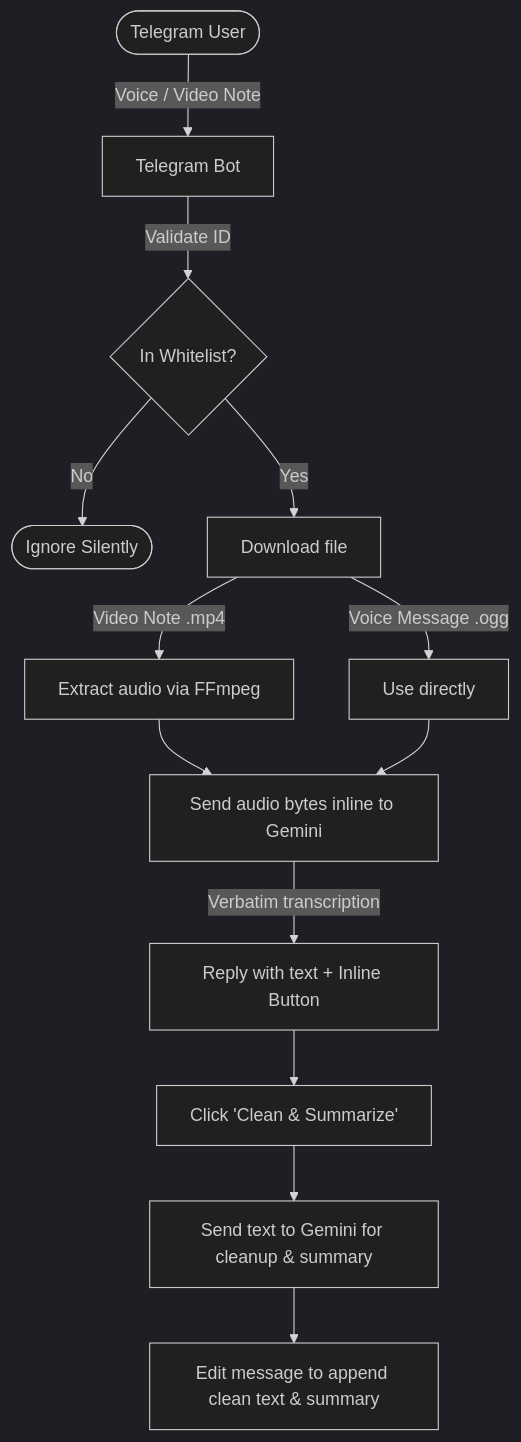
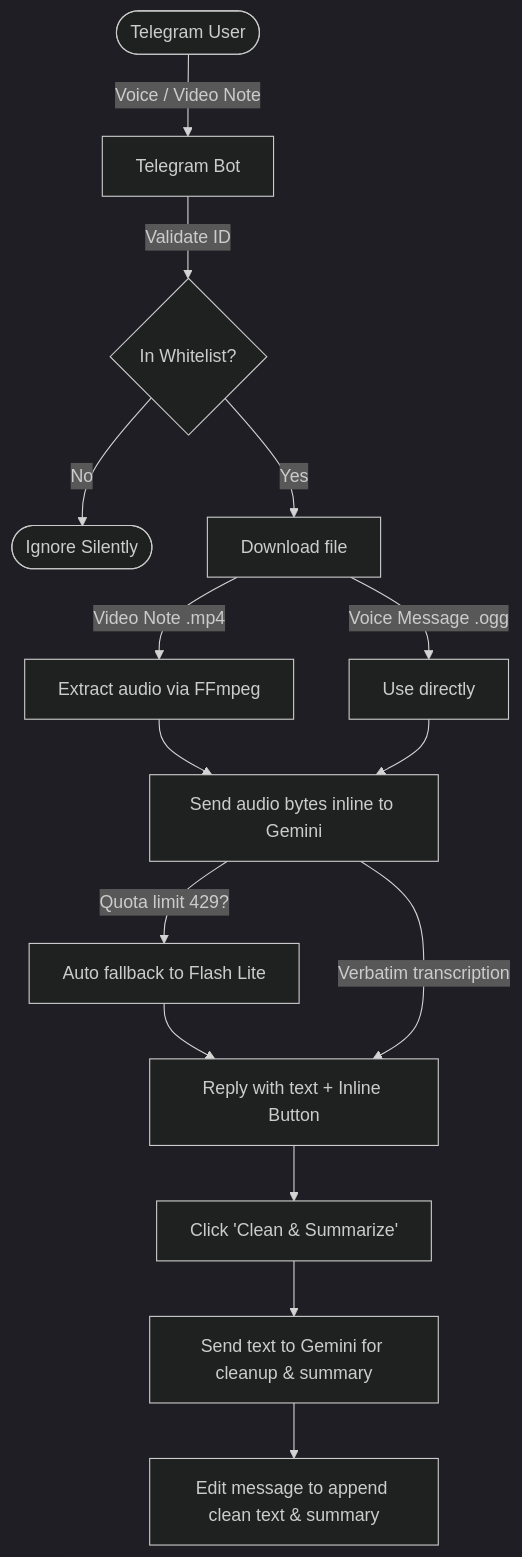
The diagram in README.md (renkagod/tg-voice-stt), drawn with Mermaid (dark theme) before and after one commit. The commit also changed other lines of this file and 5 other files, not shown here.

Commit message:
Add dynamic model selection via /model and auto-fallback for gemini-3.5-transcribe

````diff
--- a/README.md
+++ b/README.md
@@ -22,15 +24,17 @@
 ```mermaid
 flowchart TD
     User([Telegram User]) -->|Voice / Video Note| Bot[Telegram Bot]
     Bot -->|Validate ID| Whitelist{In Whitelist?}
     Whitelist -->|No| Ignore([Ignore Silently])
     Whitelist -->|Yes| Download[Download file]
     Download -->|Video Note .mp4| FFmpeg[Extract audio via FFmpeg]
     Download -->|Voice Message .ogg| Direct[Use directly]
     FFmpeg --> SendGemini[Send audio bytes inline to Gemini]
     Direct --> SendGemini
-    SendGemini -->|Verbatim transcription| Reply[Reply with text + Inline Button]
+    SendGemini -->|Quota limit 429?| Fallback[Auto fallback to Flash Lite]
+    Fallback --> Reply[Reply with text + Inline Button]
+    SendGemini -->|Verbatim transcription| Reply
     Reply --> Click[Click 'Clean & Summarize']
     Click --> GeminiClean[Send text to Gemini for cleanup & summary]
     GeminiClean --> Edit[Edit message to append clean text & summary]
 ```
````
